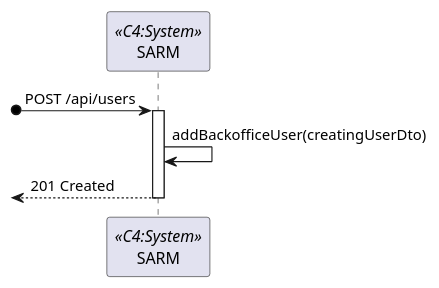
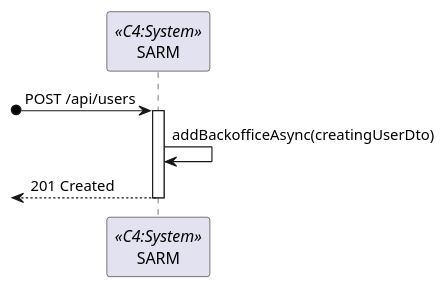
The diagram in docs/sprint-a/us-5.1.1/views/level2/process-view.puml (1220846/sem5pi-24-25-3ddg20), drawn with PlantUML before and after one commit.

Commit message:
docs: level2 modification #1

```diff
--- a/docs/sprint-a/us-5.1.1/views/level2/process-view.puml
+++ b/docs/sprint-a/us-5.1.1/views/level2/process-view.puml
@@ -1,12 +1,12 @@
 @startuml ssdlevel2
 
 participant SYS as "SARM" <<C4:System>>
 
 ?o->SYS:POST /api/users
 activate SYS
 
-    SYS->SYS:addBackofficeUser(creatingUserDto)
+    SYS->SYS:addBackofficeAsync(creatingUserDto)
 
     <--SYS:201 Created
 deactivate SYS
 @enduml
```
